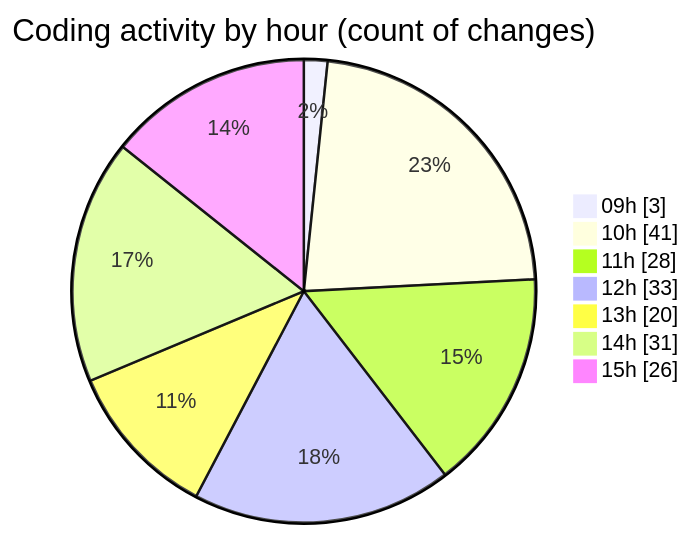
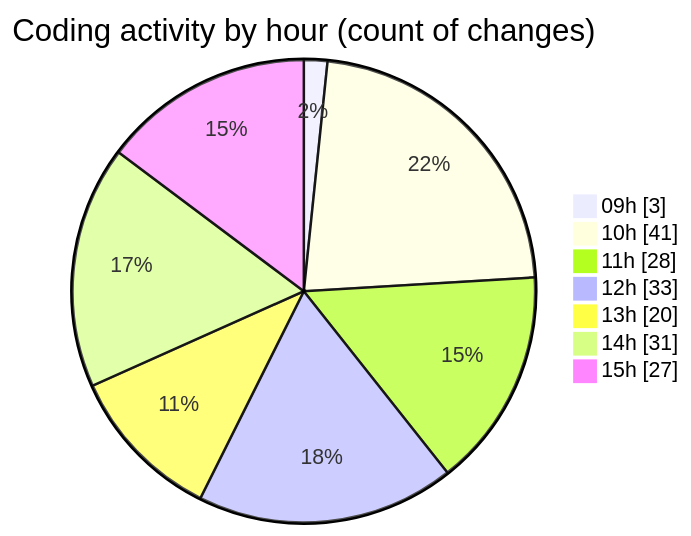
One commit to CELIANVF/code-tracking changed the second of 2 diagrams in 2025-05-19/ecodeli-1/README.md. Above: the diagram before and after it, drawn with Mermaid. The commit also changed other lines of this file and 1 other file, not shown here.

````diff
--- a/2025-05-19/ecodeli-1/README.md
+++ b/2025-05-19/ecodeli-1/README.md
@@ -78,11 +79,11 @@
 ```mermaid
 pie showData
 title Coding activity by hour (count of changes)
 "09h" : 3
 "10h" : 41
 "11h" : 28
 "12h" : 33
 "13h" : 20
 "14h" : 31
-"15h" : 26
+"15h" : 27
 ```
````
